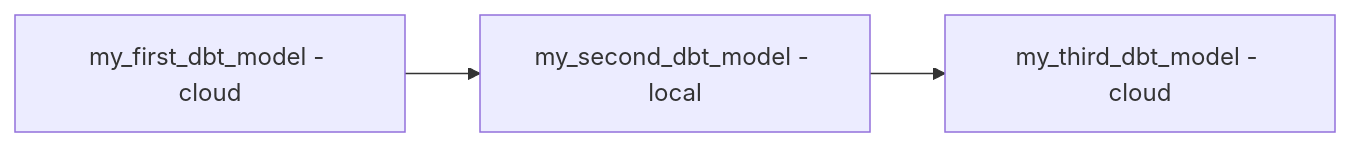
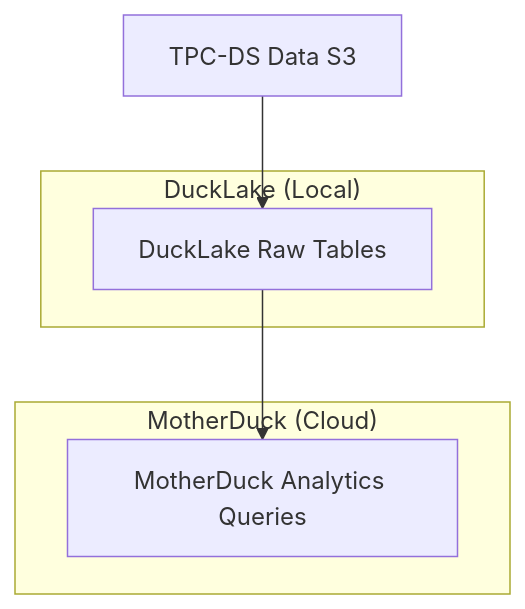
One commit to motherduckdb/motherduck-examples changed the diagram in dbt-ducklake/README.md. Above: the diagram before and after it, drawn with Mermaid. The commit also changed other lines of this file and 4 other files, not shown here.

````diff
--- a/dbt-ducklake/README.md
+++ b/dbt-ducklake/README.md
@@ -33,5 +56,13 @@
 ```mermaid
-graph LR
-    A[my_first_dbt_model - cloud] --> B[my_second_dbt_model - local]
-    B --> C[my_third_dbt_model - cloud]
+graph TB
+    A[TPC-DS Data S3] --> B[DuckLake Raw Tables]
+    B --> C[MotherDuck Analytics Queries]
+    
+    subgraph "DuckLake (Local)"
+        B
+    end
+    
+    subgraph "MotherDuck (Cloud)"
+        C
+    end
 ```
````
